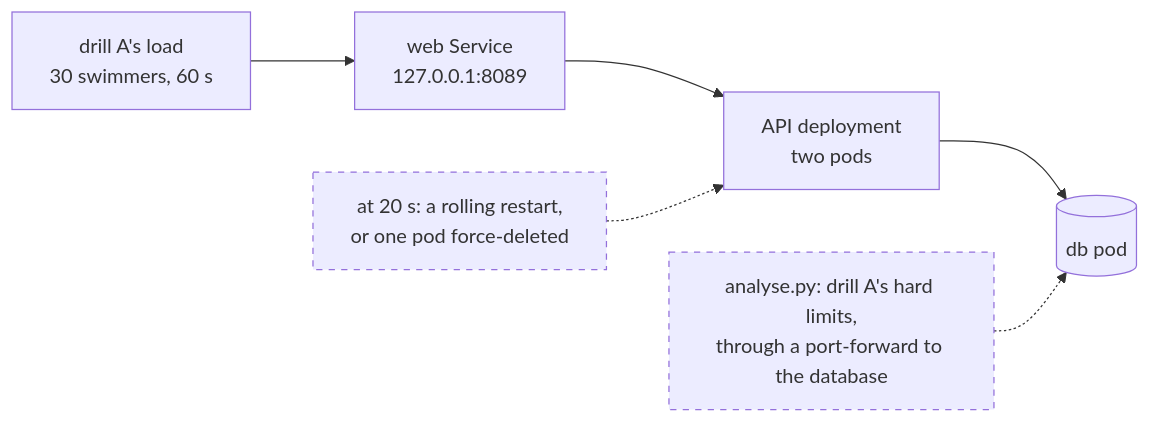
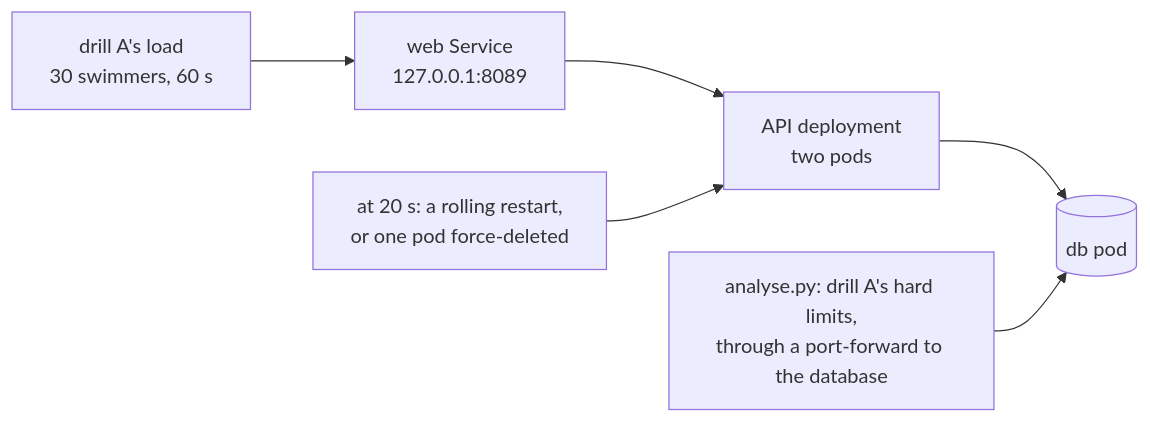
One commit to ashutosharma2/SwimSync changed diagram 22 of 23 in docs/architecture.md. Above: the diagram before and after it, drawn with Mermaid. The commit also changed other lines of this file and 26 other files, not shown here.

````diff
--- a/docs/architecture.md
+++ b/docs/architecture.md
@@ -625,16 +625,13 @@
 ```mermaid
 flowchart LR
     Load["drill A's load<br/>30 swimmers, 60 s"]
     Web["web Service<br/>127.0.0.1:8089"]
     Api["API deployment<br/>two pods"]
     DB[("db pod")]
     Fault["at 20 s: a rolling restart,<br/>or one pod force-deleted"]
     Check["analyse.py: drill A's hard limits,<br/>through a port-forward to the database"]
 
     Load --> Web --> Api --> DB
-    Fault -.-> Api
-    Check -.-> DB
-
-    class Fault,Check planned
-    classDef planned stroke-dasharray: 5 5
+    Fault --> Api
+    Check --> DB
 ```
````
